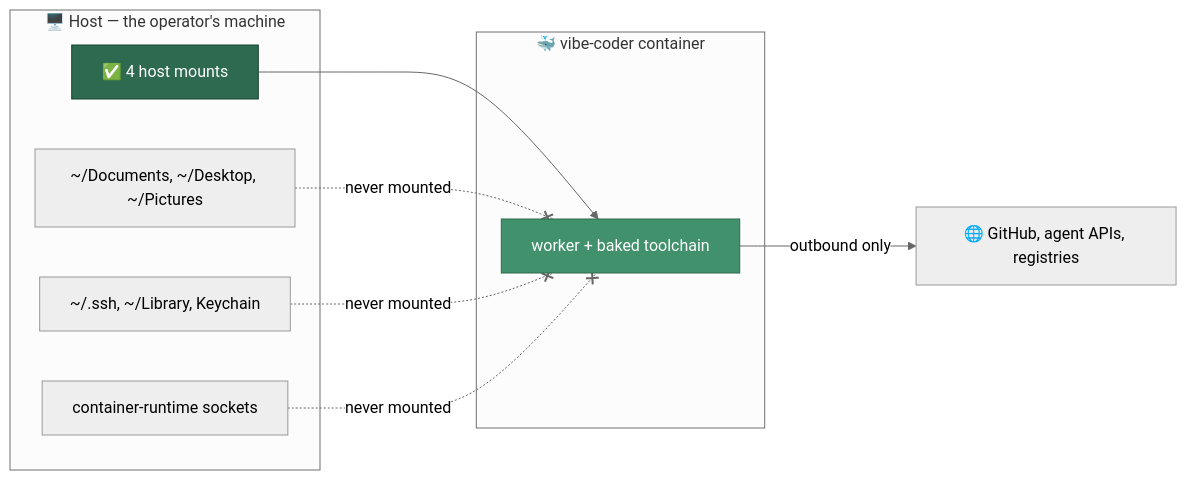
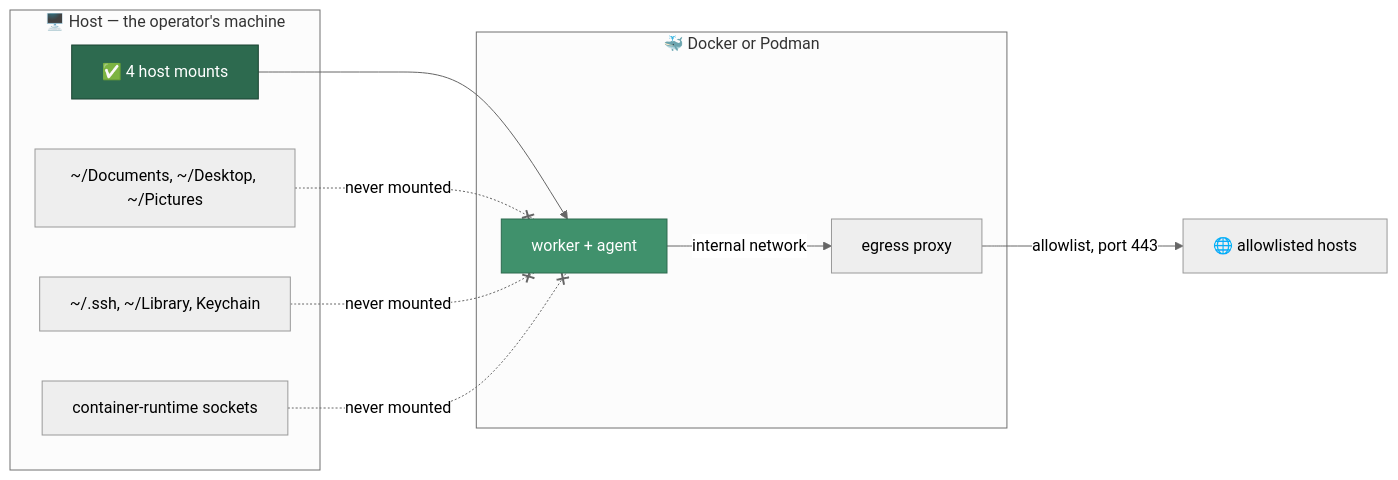
Before and after one commit to stSoftwareAU/VibeCoder: the first of 4 diagrams in docs/CONTAINMENT.md, drawn with Mermaid (neutral theme). The commit also changed other lines of this file and 75 other files, not shown here.

````diff
--- a/docs/CONTAINMENT.md
+++ b/docs/CONTAINMENT.md
@@ -27,19 +27,21 @@
 ```mermaid
 flowchart LR
     subgraph host ["🖥️ Host — the operator's machine"]
         H1["~/Documents, ~/Desktop, ~/Pictures"]
         H2["~/.ssh, ~/Library, Keychain"]
         H3["container-runtime sockets"]
         M["✅ 4 host mounts"]
     end
-    subgraph box ["🐳 vibe-coder container"]
-        W["worker + baked toolchain"]
+    subgraph box ["🐳 Docker or Podman"]
+        W["worker + agent"]
+        P["egress proxy"]
     end
     M --> W
     H1 -. never mounted .-x W
     H2 -. never mounted .-x W
     H3 -. never mounted .-x W
-    W -->|outbound only| N["🌐 GitHub, agent APIs, registries"]
+    W -->|internal network| P
+    P -->|allowlist, port 443| N["🌐 allowlisted hosts"]
     style M fill:#2d6a4f,stroke:#1b4332,color:#fff
     style W fill:#40916c,stroke:#2d6a4f,color:#fff
 ```
````
